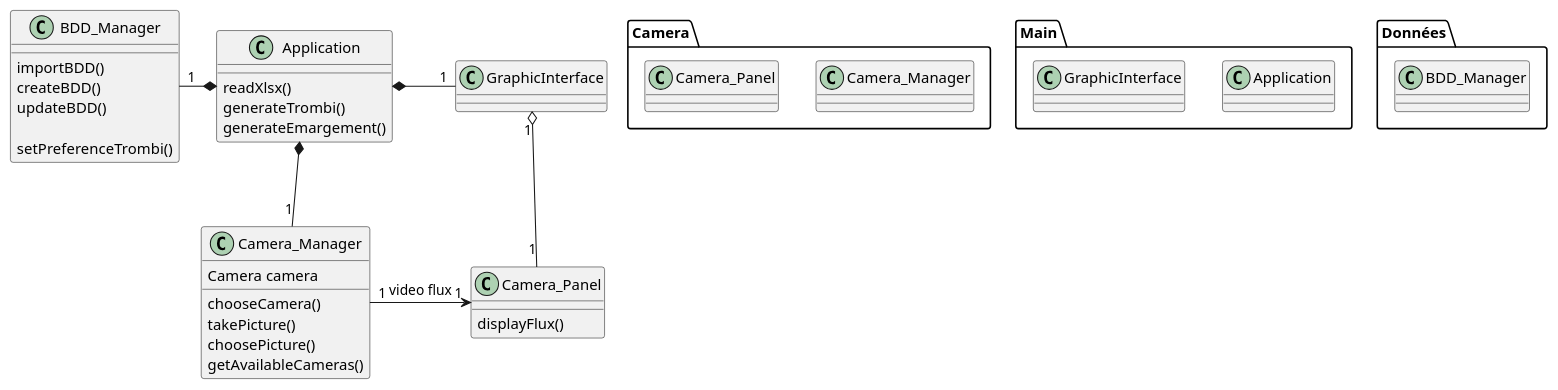
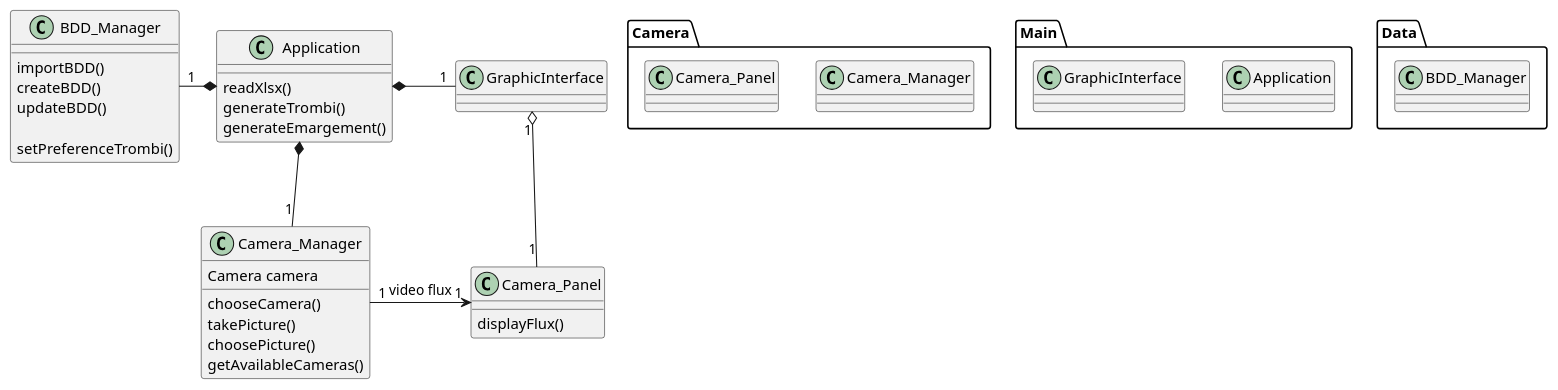
The diagram in Diagrammes/diagramme_class.wsd (pandadorable/Trombinoscope), drawn with PlantUML before and after one commit. The commit also changed 2 other files, not shown here.

```diff
--- a/Diagrammes/diagramme_class.wsd
+++ b/Diagrammes/diagramme_class.wsd
@@ -1,56 +1,56 @@
 @startuml classDiagram
 
 Package Camera {
     class Camera_Manager
     class Camera_Panel
 }
 
 Package Main {
     class Application
     class GraphicInterface
 }
 
-Package Données {
+Package Data {
     class BDD_Manager
 }
 
 class Application {
     readXlsx()
     generateTrombi()
     generateEmargement()
 }
 
 class GraphicInterface {
 
 }
 
 
 class BDD_Manager {
     importBDD()
     createBDD()
     updateBDD()
 
     setPreferenceTrombi()
 }
 
 class Camera_Manager {
     Camera camera
     chooseCamera()
     takePicture() 
     choosePicture() 
     getAvailableCameras()
 }
 
 class Camera_Panel {
     displayFlux()
 }
 
 Application *-right- "1" GraphicInterface 
 Application *-left- "1" BDD_Manager
 Application *-down- "1" Camera_Manager
 
 GraphicInterface "1" o-- "1" Camera_Panel
 
 Camera_Manager "1" -right> "1" Camera_Panel : video flux
 
 @enduml
```
